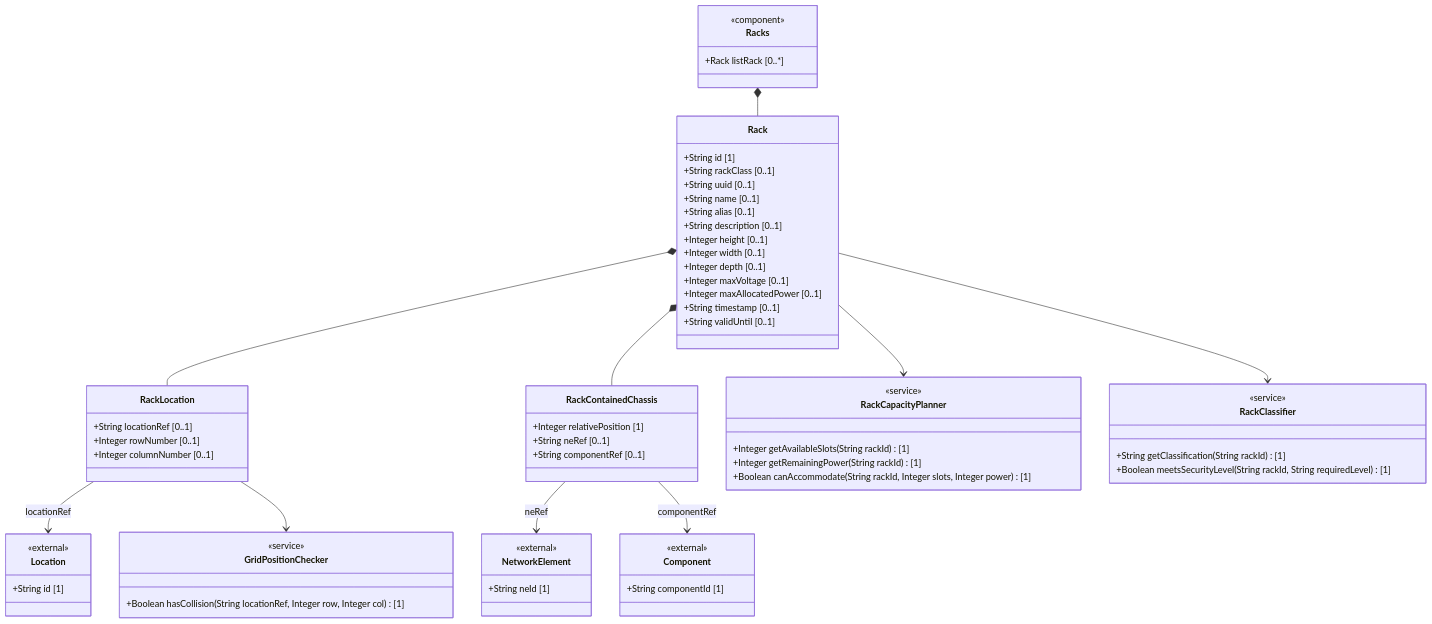
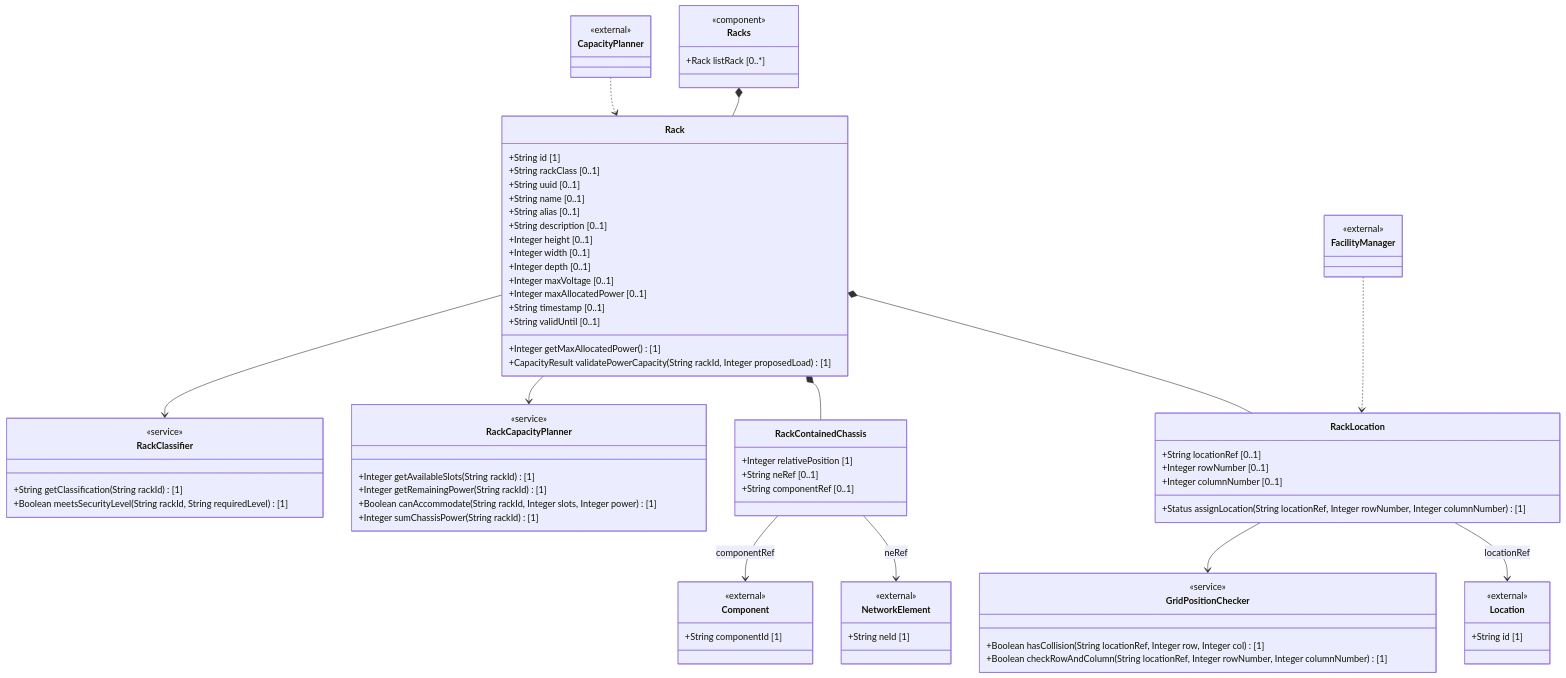
One commit to gintatkinson/3dgs-027 changed the first of 3 diagrams in docs/epics/epic-03-rack-infrastructure.md. Above: the diagram before and after it, drawn with Mermaid. The commit also changed 9 other files, not shown here.

Commit message:
docs: add user stories for ietf-ni-location behavioral scenarios -- 8 stories covering pagination, dispatch verification, hierarchy traversal, type filtering, country code validation, cycle detection, power capacity verification, grid collision detection

````diff
--- a/docs/epics/epic-03-rack-infrastructure.md
+++ b/docs/epics/epic-03-rack-infrastructure.md
@@ -38,69 +38,82 @@
 ```mermaid
 classDiagram
     class Racks {
         <<component>>
         +Rack listRack [0..*]
     }
     class Rack {
         +String id [1]
         +String rackClass [0..1]
         +String uuid [0..1]
         +String name [0..1]
         +String alias [0..1]
         +String description [0..1]
         +Integer height [0..1]
         +Integer width [0..1]
         +Integer depth [0..1]
         +Integer maxVoltage [0..1]
         +Integer maxAllocatedPower [0..1]
         +String timestamp [0..1]
         +String validUntil [0..1]
+        +Integer getMaxAllocatedPower() [1]
+        +CapacityResult validatePowerCapacity(String rackId, Integer proposedLoad) [1]
     }
     class RackLocation {
         +String locationRef [0..1]
         +Integer rowNumber [0..1]
         +Integer columnNumber [0..1]
+        +Status assignLocation(String locationRef, Integer rowNumber, Integer columnNumber) [1]
     }
     class RackContainedChassis {
         +Integer relativePosition [1]
         +String neRef [0..1]
         +String componentRef [0..1]
     }
     class Location {
         <<external>>
         +String id [1]
     }
     class NetworkElement {
         <<external>>
         +String neId [1]
     }
     class Component {
         <<external>>
         +String componentId [1]
     }
     class RackCapacityPlanner {
         <<service>>
         +Integer getAvailableSlots(String rackId) [1]
         +Integer getRemainingPower(String rackId) [1]
         +Boolean canAccommodate(String rackId, Integer slots, Integer power) [1]
+        +Integer sumChassisPower(String rackId) [1]
     }
     class RackClassifier {
         <<service>>
         +String getClassification(String rackId) [1]
         +Boolean meetsSecurityLevel(String rackId, String requiredLevel) [1]
     }
     class GridPositionChecker {
         <<service>>
         +Boolean hasCollision(String locationRef, Integer row, Integer col) [1]
+        +Boolean checkRowAndColumn(String locationRef, Integer rowNumber, Integer columnNumber) [1]
+    }
+    class CapacityPlanner {
+        <<external>>
+    }
+    class FacilityManager {
+        <<external>>
     }
 
     Racks *-- Rack
     Rack *-- RackLocation
     Rack *-- RackContainedChassis
     RackLocation --> Location : locationRef
     RackContainedChassis --> NetworkElement : neRef
     RackContainedChassis --> Component : componentRef
     Rack --> RackCapacityPlanner
     Rack --> RackClassifier
     RackLocation --> GridPositionChecker
+    CapacityPlanner ..> Rack
+    FacilityManager ..> RackLocation
 ```
````
